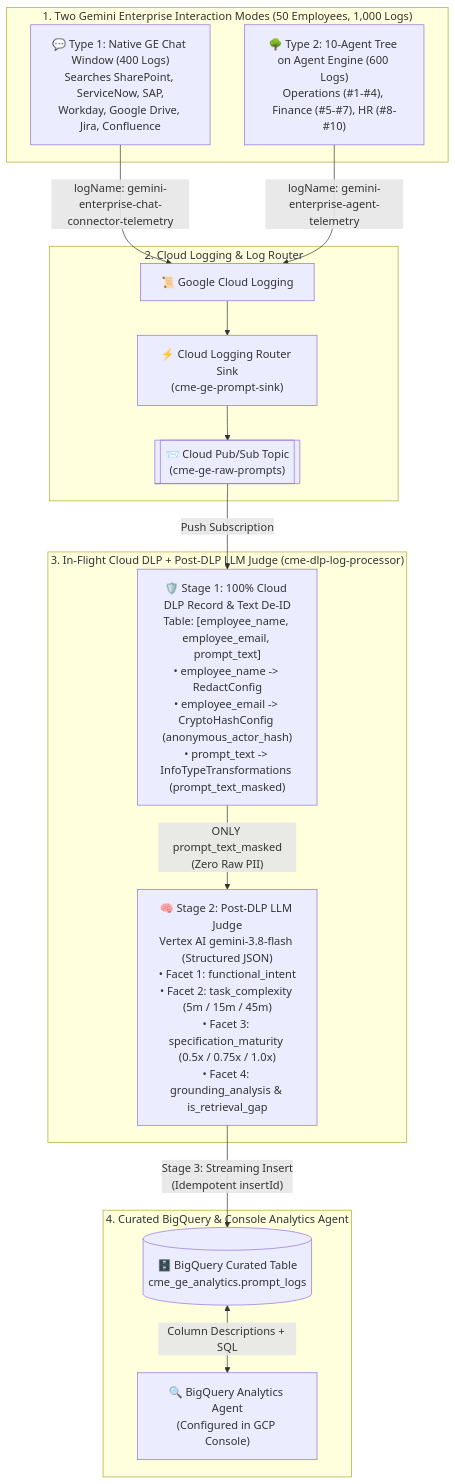
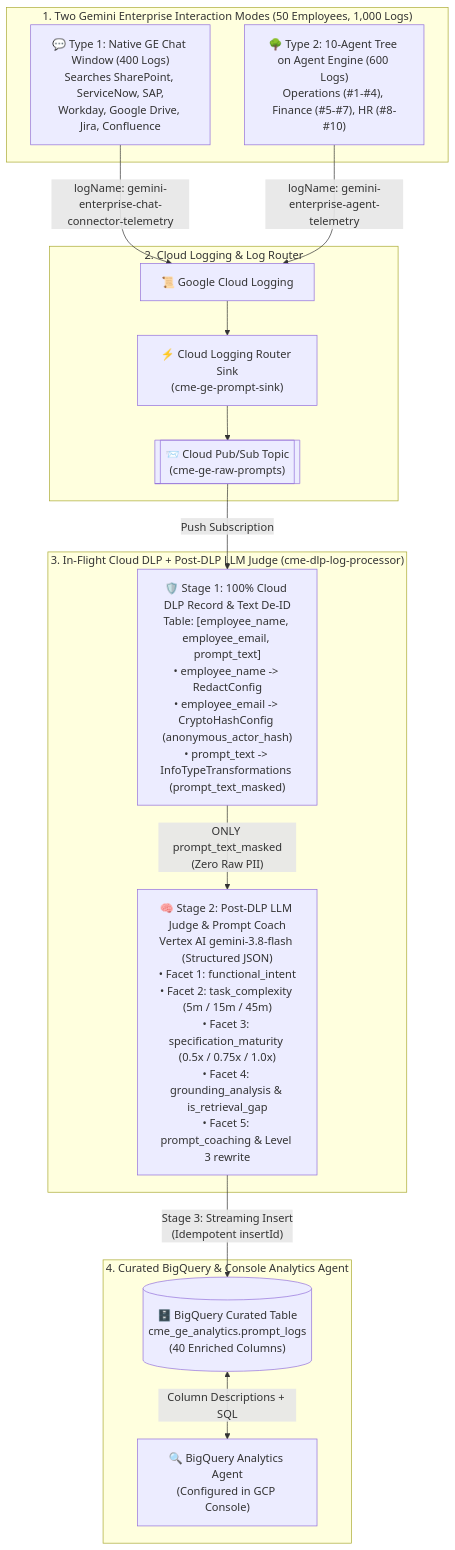
The first of 2 diagrams in implementation.md (wanderas-pixel/ge-prompt-analytics), drawn with Mermaid before and after one commit. The commit also changed other lines of this file and 3 other files, not shown here.

Commit message:
docs & data: align all documentation and 1,000-row dataset with 40-column 5-Facet Prompt Coach solution

````diff
--- a/implementation.md
+++ b/implementation.md
@@ -35,24 +36,24 @@
 ```mermaid
 flowchart TD
     subgraph Sources ["1. Two Gemini Enterprise Interaction Modes (50 Employees, 1,000 Logs)"]
         Chat["💬 Type 1: Native GE Chat Window (400 Logs)<br/>Searches SharePoint, ServiceNow, SAP,<br/>Workday, Google Drive, Jira, Confluence"]
         Tree["🌳 Type 2: 10-Agent Tree on Agent Engine (600 Logs)<br/>Operations (#1-#4), Finance (#5-#7), HR (#8-#10)"]
     end
 
     subgraph Logging ["2. Cloud Logging & Log Router"]
         Chat -- "logName: gemini-enterprise-chat-connector-telemetry" --> CL["📜 Google Cloud Logging"]
         Tree -- "logName: gemini-enterprise-agent-telemetry" --> CL
         CL --> Sink["⚡ Cloud Logging Router Sink<br/>(cme-ge-prompt-sink)"]
         Sink --> PS[["📨 Cloud Pub/Sub Topic<br/>(cme-ge-raw-prompts)"]]
     end
 
     subgraph Worker ["3. In-Flight Cloud DLP + Post-DLP LLM Judge (cme-dlp-log-processor)"]
         PS -- "Push Subscription" --> DLPStage["🛡️ Stage 1: 100% Cloud DLP Record & Text De-ID<br/>Table: [employee_name, employee_email, prompt_text]<br/>• employee_name -> RedactConfig<br/>• employee_email -> CryptoHashConfig (anonymous_actor_hash)<br/>• prompt_text -> InfoTypeTransformations (prompt_text_masked)"]
-        DLPStage -- "ONLY prompt_text_masked<br/>(Zero Raw PII)" --> JudgeStage["🧠 Stage 2: Post-DLP LLM Judge<br/>Vertex AI gemini-3.8-flash (Structured JSON)<br/>• Facet 1: functional_intent<br/>• Facet 2: task_complexity (5m / 15m / 45m)<br/>• Facet 3: specification_maturity (0.5x / 0.75x / 1.0x)<br/>• Facet 4: grounding_analysis & is_retrieval_gap"]
+        DLPStage -- "ONLY prompt_text_masked<br/>(Zero Raw PII)" --> JudgeStage["🧠 Stage 2: Post-DLP LLM Judge & Prompt Coach<br/>Vertex AI gemini-3.8-flash (Structured JSON)<br/>• Facet 1: functional_intent<br/>• Facet 2: task_complexity (5m / 15m / 45m)<br/>• Facet 3: specification_maturity (0.5x / 0.75x / 1.0x)<br/>• Facet 4: grounding_analysis & is_retrieval_gap<br/>• Facet 5: prompt_coaching & Level 3 rewrite"]
     end
 
     subgraph Analytics ["4. Curated BigQuery & Console Analytics Agent"]
-        JudgeStage -- "Stage 3: Streaming Insert<br/>(Idempotent insertId)" --> BQ[("🗄️ BigQuery Curated Table<br/>cme_ge_analytics.prompt_logs")]
+        JudgeStage -- "Stage 3: Streaming Insert<br/>(Idempotent insertId)" --> BQ[("🗄️ BigQuery Curated Table<br/>cme_ge_analytics.prompt_logs<br/>(40 Enriched Columns)")]
         BQ <-->|"Column Descriptions + SQL"| GEAgent["🔍 BigQuery Analytics Agent<br/>(Configured in GCP Console)"]
     end
 ```
````
